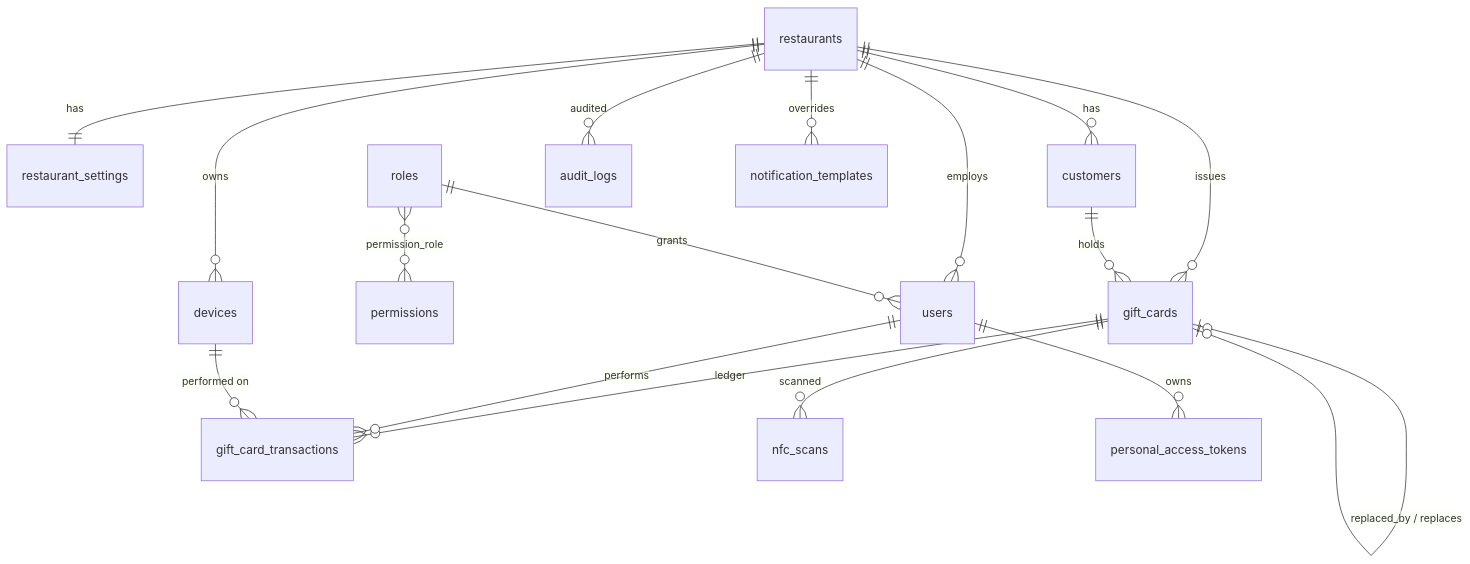
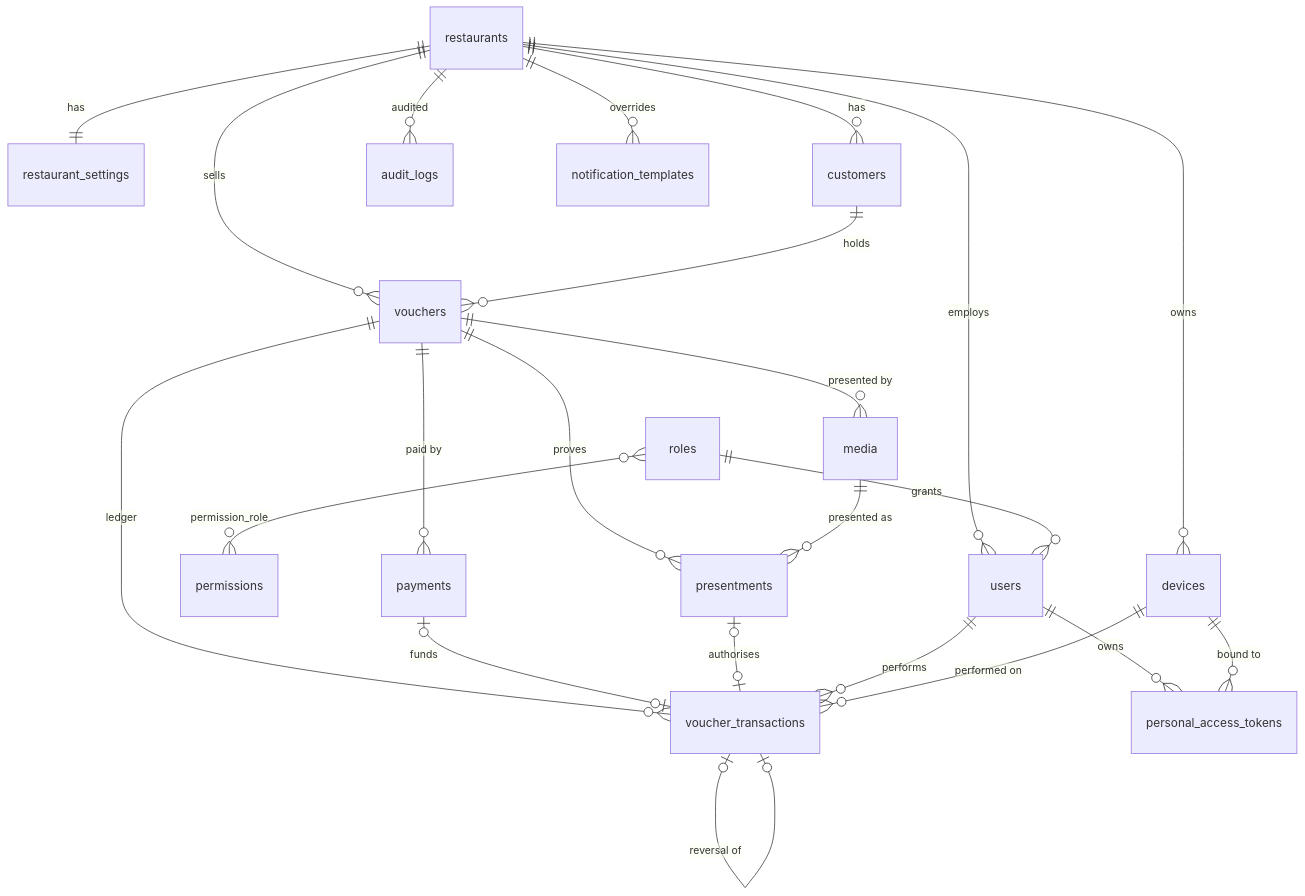
One commit to morganndesign/nfc-gutscheine changed the diagram in docs/DATABASE.md. Above: the diagram before and after it, drawn with Mermaid. The commit also changed other lines of this file and 59 other files, not shown here.

First line of the commit message:
Docs: final architecture (ADR-002) in English, German and BHS; 2.0.0 changelog

````diff
--- a/docs/DATABASE.md
+++ b/docs/DATABASE.md
@@ -13,19 +36,25 @@
 ```mermaid
 erDiagram
   restaurants ||--|| restaurant_settings : has
   restaurants ||--o{ users : employs
   roles ||--o{ users : grants
   roles }o--o{ permissions : "permission_role"
-  restaurants ||--o{ gift_cards : issues
+  restaurants ||--o{ vouchers : sells
   restaurants ||--o{ customers : has
   restaurants ||--o{ devices : owns
-  customers ||--o{ gift_cards : holds
-  gift_cards ||--o{ gift_card_transactions : ledger
-  gift_cards |o--o| gift_cards : "replaced_by / replaces"
-  users ||--o{ gift_card_transactions : performs
-  devices ||--o{ gift_card_transactions : "performed on"
-  gift_cards ||--o{ nfc_scans : scanned
+  customers ||--o{ vouchers : holds
+  vouchers ||--o{ media : "presented by"
+  vouchers ||--o{ presentments : proves
+  media ||--o{ presentments : "presented as"
+  vouchers ||--o{ payments : "paid by"
+  vouchers ||--o{ voucher_transactions : ledger
+  payments |o--o| voucher_transactions : funds
+  presentments |o--o| voucher_transactions : authorises
+  voucher_transactions |o--o| voucher_transactions : "reversal of"
+  users ||--o{ voucher_transactions : performs
+  devices ||--o{ voucher_transactions : "performed on"
   restaurants ||--o{ audit_logs : audited
   restaurants ||--o{ notification_templates : overrides
   users ||--o{ personal_access_tokens : owns
+  devices ||--o{ personal_access_tokens : "bound to"
 ```
````
